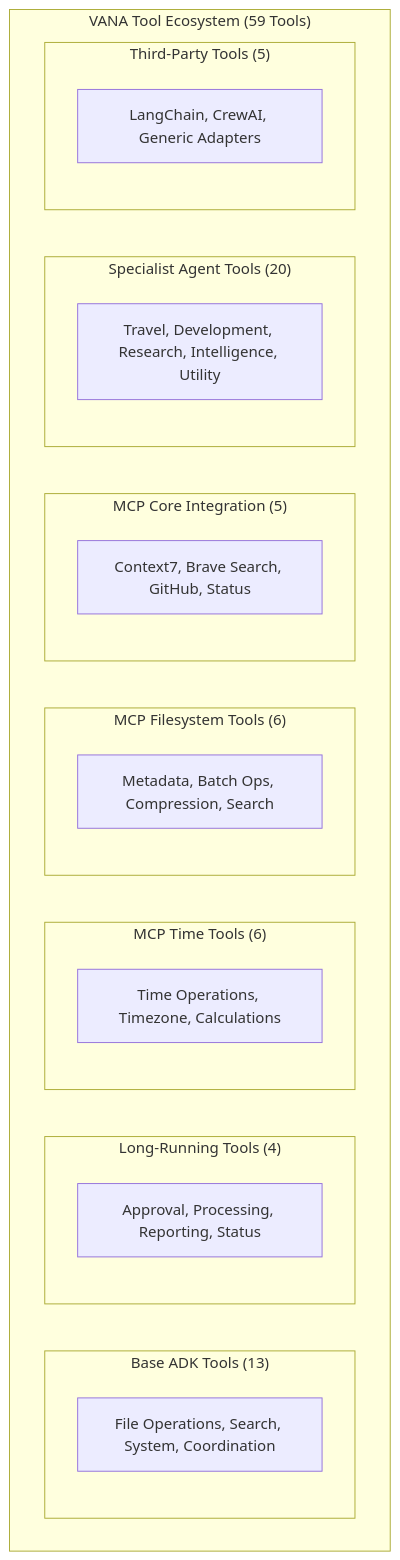
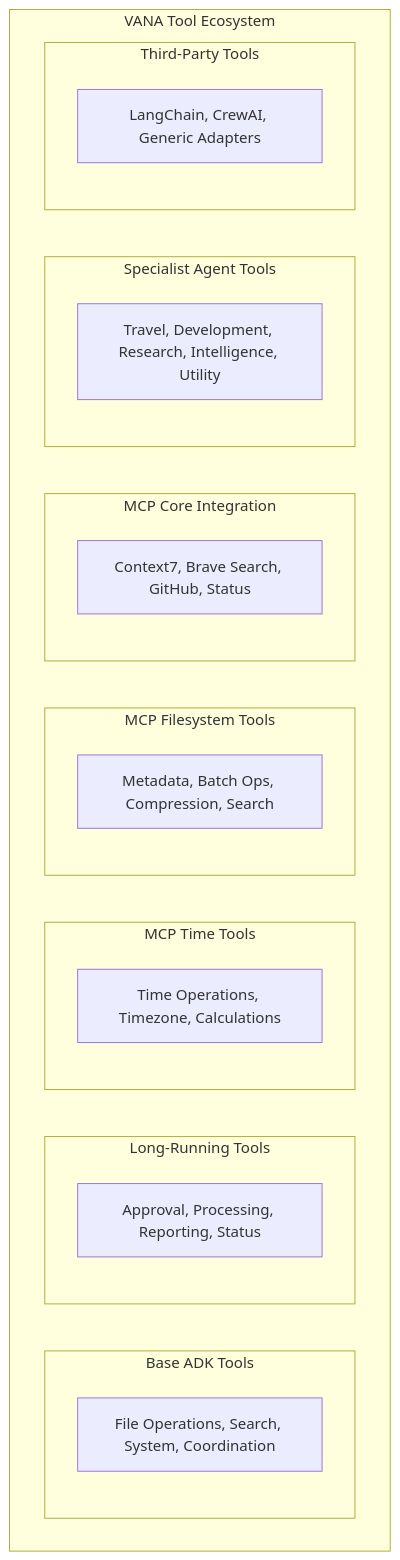
One commit to NickB03/vana changed the diagram in docs/architecture/tools.md. Above: the diagram before and after it, drawn with Mermaid. The commit also changed other lines of this file and 18 other files, not shown here.

````diff
--- a/docs/architecture/tools.md
+++ b/docs/architecture/tools.md
@@ -7,32 +7,32 @@
 ```mermaid
 graph TB
-    subgraph "VANA Tool Ecosystem (59 Tools)"
-        subgraph "Base ADK Tools (13)"
+    subgraph "VANA Tool Ecosystem "
+        subgraph "Base ADK Tools"
             BT[File Operations, Search, System, Coordination]
         end
 
-        subgraph "Long-Running Tools (4)"
+        subgraph "Long-Running Tools"
             LT[Approval, Processing, Reporting, Status]
         end
 
-        subgraph "MCP Time Tools (6)"
+        subgraph "MCP Time Tools"
             MT[Time Operations, Timezone, Calculations]
         end
 
-        subgraph "MCP Filesystem Tools (6)"
+        subgraph "MCP Filesystem Tools"
             MF[Metadata, Batch Ops, Compression, Search]
         end
 
-        subgraph "MCP Core Integration (5)"
+        subgraph "MCP Core Integration"
             MC[Context7, Brave Search, GitHub, Status]
         end
 
-        subgraph "Specialist Agent Tools (20)"
+        subgraph "Specialist Agent Tools"
             ST[Travel, Development, Research, Intelligence, Utility]
         end
 
-        subgraph "Third-Party Tools (5)"
+        subgraph "Third-Party Tools"
             TT[LangChain, CrewAI, Generic Adapters]
         end
     end
 ```
````
